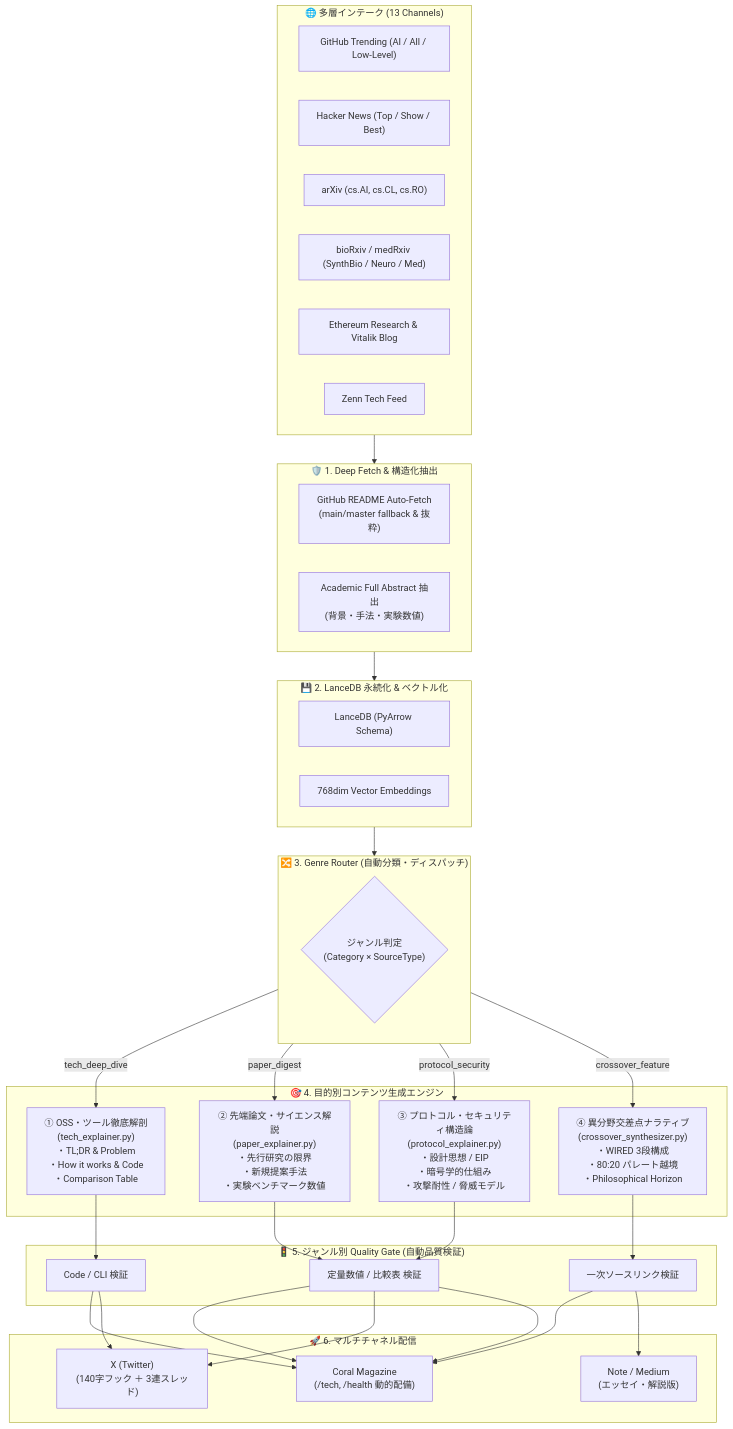
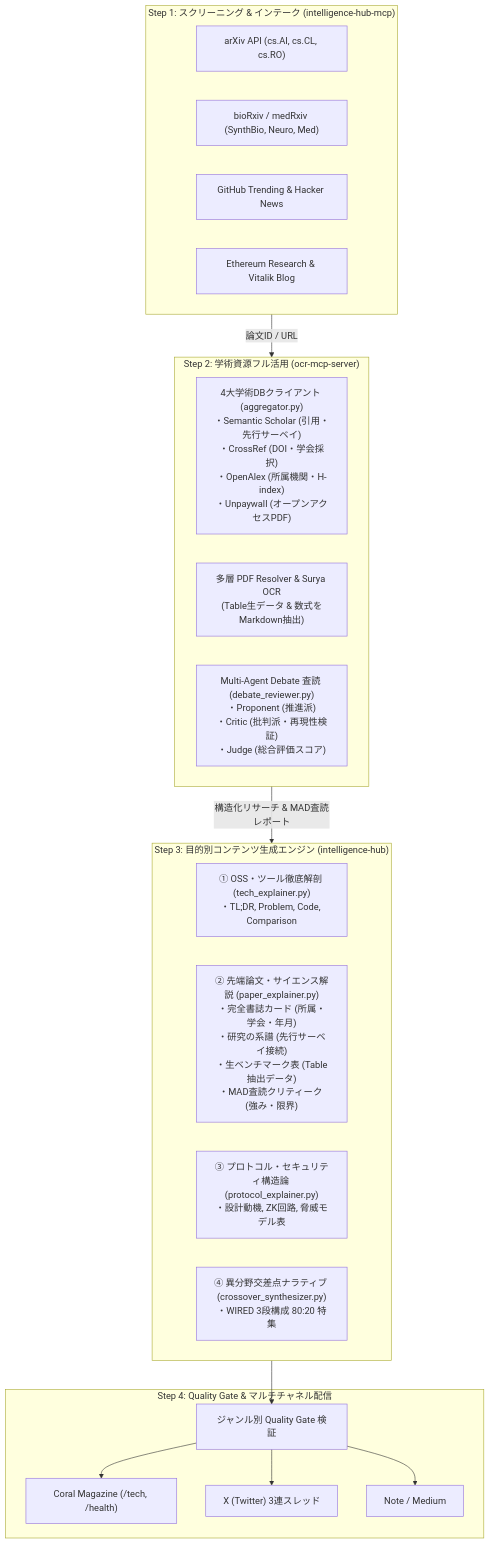
The diagram in docs/architecture_deep_content_engine.md (t012093/intelligence-hub-mcp), drawn with Mermaid before and after one commit. The commit also changed other lines of this file and 1 other file, not shown here.

Commit message:
docs: upgrade spec to v3.0 integrating ocr-mcp-server academic resources (4 DBs, PDF OCR, MAD Review)

````diff
--- a/docs/architecture_deep_content_engine.md
+++ b/docs/architecture_deep_content_engine.md
@@ -3,57 +3,33 @@
 ```mermaid
 flowchart TB
-    subgraph Sources ["🌐 多層インテーク (13 Channels)"]
-        S1["GitHub Trending (AI / All / Low-Level)"]
-        S2["Hacker News (Top / Show / Best)"]
-        S3["arXiv (cs.AI, cs.CL, cs.RO)"]
-        S4["bioRxiv / medRxiv (SynthBio / Neuro / Med)"]
-        S5["Ethereum Research & Vitalik Blog"]
-        S6["Zenn Tech Feed"]
+    subgraph Step1 ["Step 1: スクリーニング & インテーク (intelligence-hub-mcp)"]
+        S1["arXiv API (cs.AI, cs.CL, cs.RO)"]
+        S2["bioRxiv / medRxiv (SynthBio, Neuro, Med)"]
+        S3["GitHub Trending & Hacker News"]
+        S4["Ethereum Research & Vitalik Blog"]
     end
 
-    subgraph DeepFetchLayer ["🛡️ 1. Deep Fetch & 構造化抽出"]
-        DF1["GitHub README Auto-Fetch<br/>(main/master fallback & 抜粋)"]
-        DF2["Academic Full Abstract 抽出<br/>(背景・手法・実験数値)"]
+    subgraph Step2 ["Step 2: 学術資源フル活用 (ocr-mcp-server)"]
+        O1["4大学術DBクライアント (aggregator.py)<br/>・Semantic Scholar (引用・先行サーベイ)<br/>・CrossRef (DOI・学会採択)<br/>・OpenAlex (所属機関・H-index)<br/>・Unpaywall (オープンアクセスPDF)"]
+        O2["多層 PDF Resolver & Surya OCR<br/>(Table生データ & 数式をMarkdown抽出)"]
+        O3["Multi-Agent Debate 査読 (debate_reviewer.py)<br/>・Proponent (推進派)<br/>・Critic (批判派・再現性検証)<br/>・Judge (総合評価スコア)"]
     end
 
-    subgraph Storage ["💾 2. LanceDB 永続化 & ベクトル化"]
-        L1["LanceDB (PyArrow Schema)"]
-        L2["768dim Vector Embeddings"]
+    subgraph Step3 ["Step 3: 目的別コンテンツ生成エンジン (intelligence-hub)"]
+        G1["① OSS・ツール徹底解剖 (tech_explainer.py)<br/>・TL;DR, Problem, Code, Comparison"]
+        G2["② 先端論文・サイエンス解説 (paper_explainer.py)<br/>・完全書誌カード (所属・学会・年月)<br/>・研究の系譜 (先行サーベイ接続)<br/>・生ベンチマーク表 (Table抽出データ)<br/>・MAD査読クリティーク (強み・限界)"]
+        G3["③ プロトコル・セキュリティ構造論 (protocol_explainer.py)<br/>・設計動機, ZK回路, 脅威モデル表"]
+        G4["④ 異分野交差点ナラティブ (crossover_synthesizer.py)<br/>・WIRED 3段構成 80:20 特集"]
     end
 
-    subgraph Router ["🔀 3. Genre Router (自動分類・ディスパッチ)"]
-        R_rule{"ジャンル判定<br/>(Category × SourceType)"}
+    subgraph Step4 ["Step 4: Quality Gate & マルチチャネル配信"]
+        QG["ジャンル別 Quality Gate 検証"]
+        P1["Coral Magazine (/tech, /health)"]
+        P2["X (Twitter) 3連スレッド"]
+        P3["Note / Medium"]
     end
 
-    subgraph ContentEngines ["🎯 4. 目的別コンテンツ生成エンジン"]
-        G1["① OSS・ツール徹底解剖<br/>(tech_explainer.py)<br/>・TL;DR & Problem<br/>・How it works & Code<br/>・Comparison Table"]
-        G2["② 先端論文・サイエンス解説<br/>(paper_explainer.py)<br/>・先行研究の限界<br/>・新規提案手法<br/>・実験ベンチマーク数値"]
-        G3["③ プロトコル・セキュリティ構造論<br/>(protocol_explainer.py)<br/>・設計思想 / EIP<br/>・暗号学的仕組み<br/>・攻撃耐性 / 脅威モデル"]
-        G4["④ 異分野交差点ナラティブ<br/>(crossover_synthesizer.py)<br/>・WIRED 3段構成<br/>・80:20 パレート越境<br/>・Philosophical Horizon"]
-    end
-
-    subgraph QualityGate ["🚦 5. ジャンル別 Quality Gate (自動品質検証)"]
-        Q1["Code / CLI 検証"]
-        Q2["定量数値 / 比較表 検証"]
-        Q3["一次ソースリンク検証"]
-    end
-
-    subgraph Distribution ["🚀 6. マルチチャネル配信"]
-        P1["Coral Magazine<br/>(/tech, /health 動的配備)"]
-        P2["X (Twitter)<br/>(140字フック ＋ 3連スレッド)"]
-        P3["Note / Medium<br/>(エッセイ・解説版)"]
-    end
-
-    Sources --> DeepFetchLayer
-    DeepFetchLayer --> Storage
-    Storage --> Router
-    Router -->|tech_deep_dive| G1
-    Router -->|paper_digest| G2
-    Router -->|protocol_security| G3
-    Router -->|crossover_feature| G4
-
-    G1 --> Q1 --> P1 & P2
-    G2 --> Q2 --> P1 & P2
-    G3 --> Q2 --> P1
-    G4 --> Q3 --> P1 & P3
+    Step1 -->|論文ID / URL| Step2
+    Step2 -->|構造化リサーチ & MAD査読レポート| Step3
+    Step3 --> QG --> P1 & P2 & P3
 ```
````
